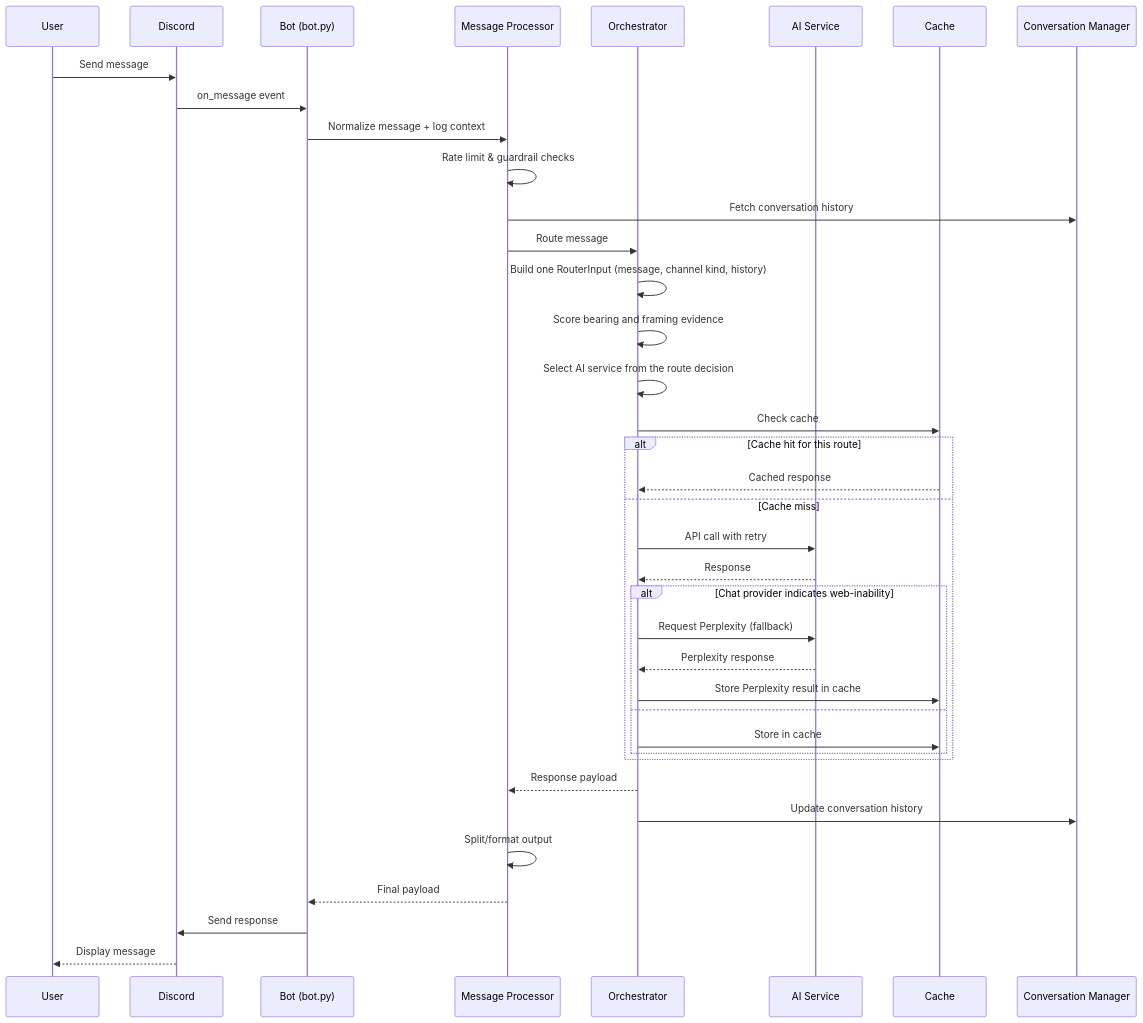
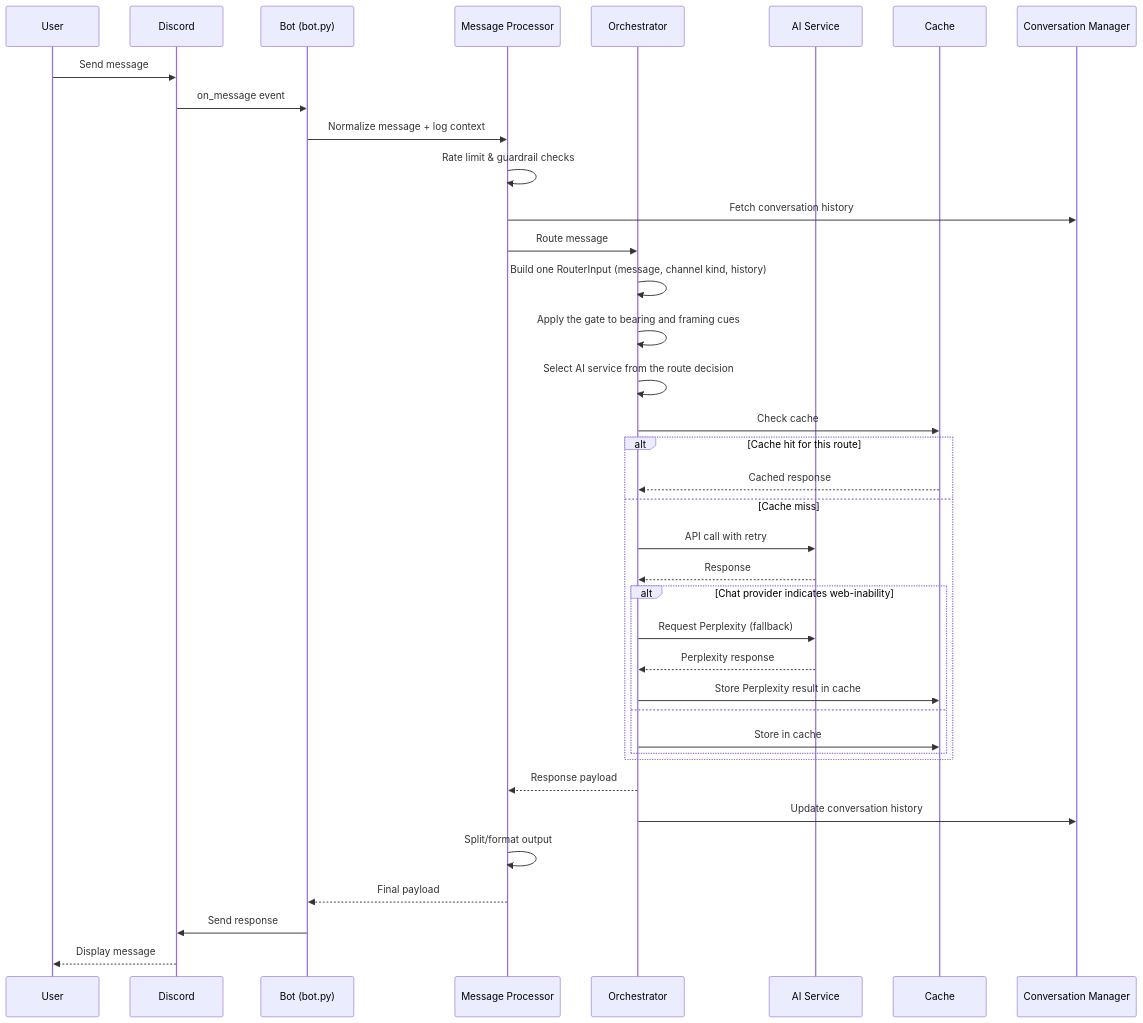
Before and after one commit to johndotpub/DiscordianAI: the diagram in docs/Architecture.md, drawn with Mermaid. The commit also changed other lines of this file and 15 other files, not shown here.

````diff
--- a/docs/Architecture.md
+++ b/docs/Architecture.md
@@ -104,42 +104,42 @@
 ```mermaid
 sequenceDiagram
     participant U as User
     participant D as Discord
     participant B as Bot (bot.py)
     participant MP as Message Processor
     participant O as Orchestrator
     participant AI as AI Service
     participant C as Cache
     participant CM as Conversation Manager
 
     U->>D: Send message
     D->>B: on_message event
     B->>MP: Normalize message + log context
     MP->>MP: Rate limit & guardrail checks
     MP->>CM: Fetch conversation history
     MP->>O: Route message
     O->>O: Build one RouterInput (message, channel kind, history)
-    O->>O: Score bearing and framing evidence
+    O->>O: Apply the gate to bearing and framing cues
     O->>O: Select AI service from the route decision
     O->>C: Check cache
     alt Cache hit for this route
         C-->>O: Cached response
     else Cache miss
         O->>AI: API call with retry
         AI-->>O: Response
         %% If the chat provider responded but indicates web-inability, orchestrator reroutes
         alt Chat provider indicates web-inability
             O->>AI: Request Perplexity (fallback)
             AI-->>O: Perplexity response
             O->>C: Store Perplexity result in cache
         else
             O->>C: Store in cache
         end
     end
     O-->>MP: Response payload
     O->>CM: Update conversation history
     MP->>MP: Split/format output
     MP-->>B: Final payload
     B->>D: Send response
     D-->>U: Display message
 ```
````
